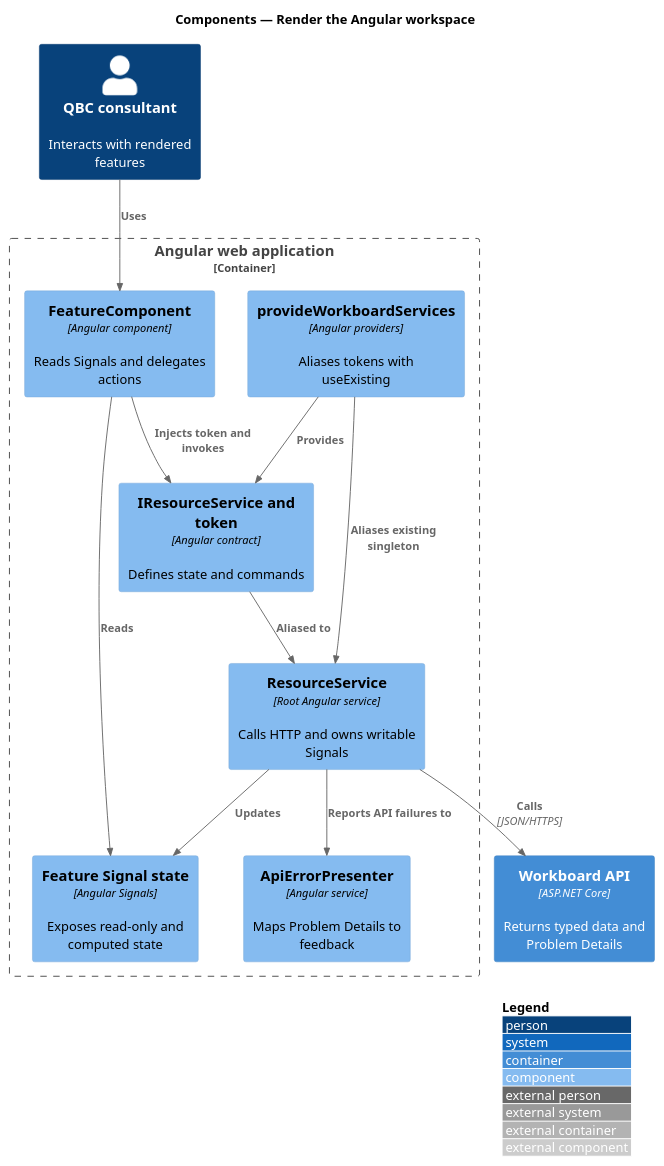
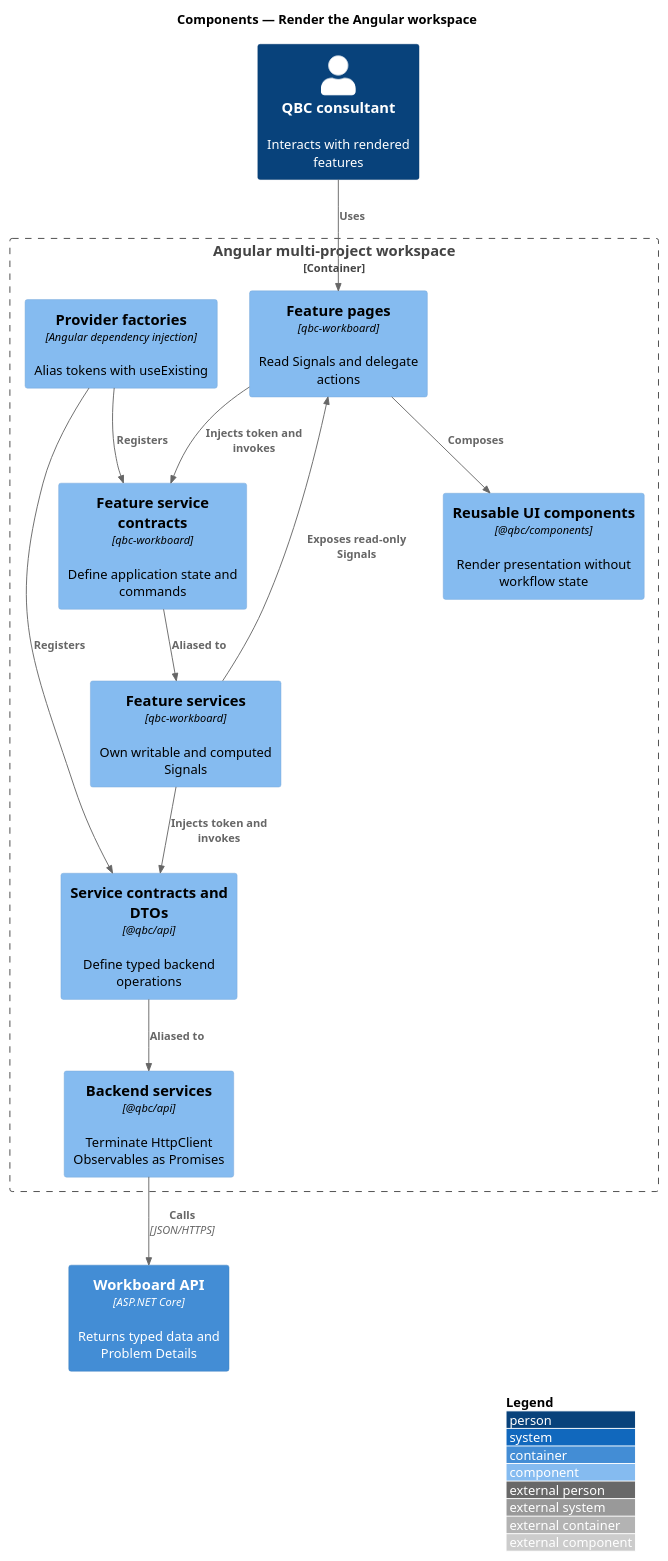
The diagram in docs/detailed-designs/platform/render-angular-workspace/diagrams/c4-component.puml (QuinntyneBrown/quinntyne-brown-consulting), drawn with PlantUML before and after one commit. The commit also changed 63 other files, not shown here.

Commit message:
Rename frontend api library exports to service pattern and update workboard consumers

```diff
--- a/docs/detailed-designs/platform/render-angular-workspace/diagrams/c4-component.puml
+++ b/docs/detailed-designs/platform/render-angular-workspace/diagrams/c4-component.puml
@@ -1,26 +1,28 @@
 @startuml
 !include <C4/C4_Component>
 LAYOUT_WITH_LEGEND()
 title Components — Render the Angular workspace
 
 Person(consultant, "QBC consultant", "Interacts with rendered features")
-Container_Boundary(spa, "Angular web application") {
-  Component(component, "FeatureComponent", "Angular component", "Reads Signals and delegates actions")
-  Component(contract, "IResourceService and token", "Angular contract", "Defines state and commands")
-  Component(service, "ResourceService", "Root Angular service", "Calls HTTP and owns writable Signals")
-  Component(store, "Feature Signal state", "Angular Signals", "Exposes read-only and computed state")
-  Component(error, "ApiErrorPresenter", "Angular service", "Maps Problem Details to feedback")
-  Component(providers, "provideWorkboardServices", "Angular providers", "Aliases tokens with useExisting")
+Container_Boundary(spa, "Angular multi-project workspace") {
+  Component(page, "Feature pages", "qbc-workboard", "Read Signals and delegate actions")
+  Component(appcontract, "Feature service contracts", "qbc-workboard", "Define application state and commands")
+  Component(store, "Feature services", "qbc-workboard", "Own writable and computed Signals")
+  Component(apicontract, "Service contracts and DTOs", "@qbc/api", "Define typed backend operations")
+  Component(client, "Backend services", "@qbc/api", "Terminate HttpClient Observables as Promises")
+  Component(ui, "Reusable UI components", "@qbc/components", "Render presentation without workflow state")
+  Component(providers, "Provider factories", "Angular dependency injection", "Alias tokens with useExisting")
 }
 Container(api, "Workboard API", "ASP.NET Core", "Returns typed data and Problem Details")
 
-Rel(consultant, component, "Uses")
-Rel(component, contract, "Injects token and invokes")
-Rel(contract, service, "Aliased to")
-Rel(providers, contract, "Provides")
-Rel(providers, service, "Aliases existing singleton")
-Rel(service, api, "Calls", "JSON/HTTPS")
-Rel(service, store, "Updates")
-Rel(component, store, "Reads")
-Rel(service, error, "Reports API failures to")
+Rel(consultant, page, "Uses")
+Rel(page, appcontract, "Injects token and invokes")
+Rel(page, ui, "Composes")
+Rel(appcontract, store, "Aliased to")
+Rel(store, apicontract, "Injects token and invokes")
+Rel(apicontract, client, "Aliased to")
+Rel(client, api, "Calls", "JSON/HTTPS")
+Rel(store, page, "Exposes read-only Signals")
+Rel(providers, appcontract, "Registers")
+Rel(providers, apicontract, "Registers")
 @enduml
```
